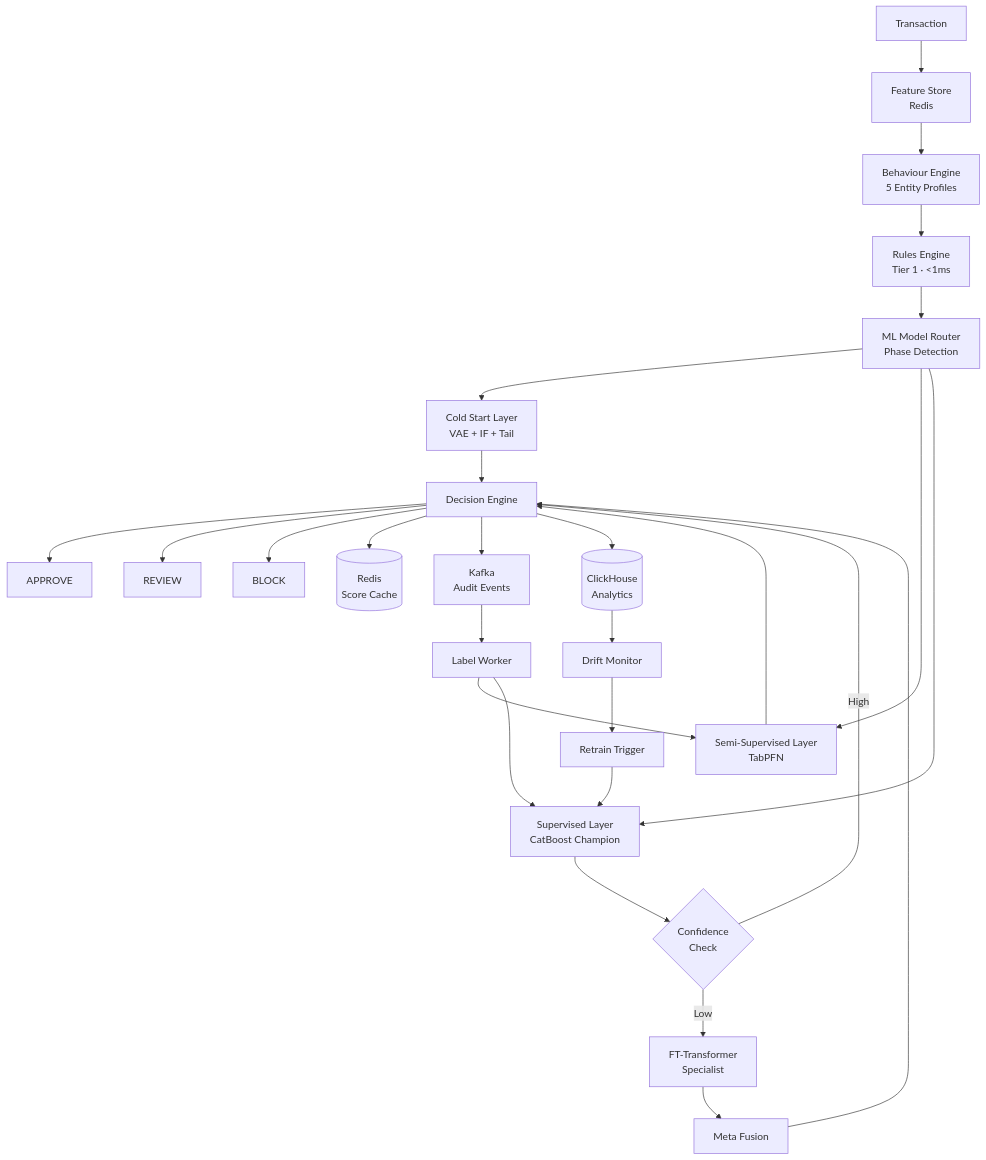
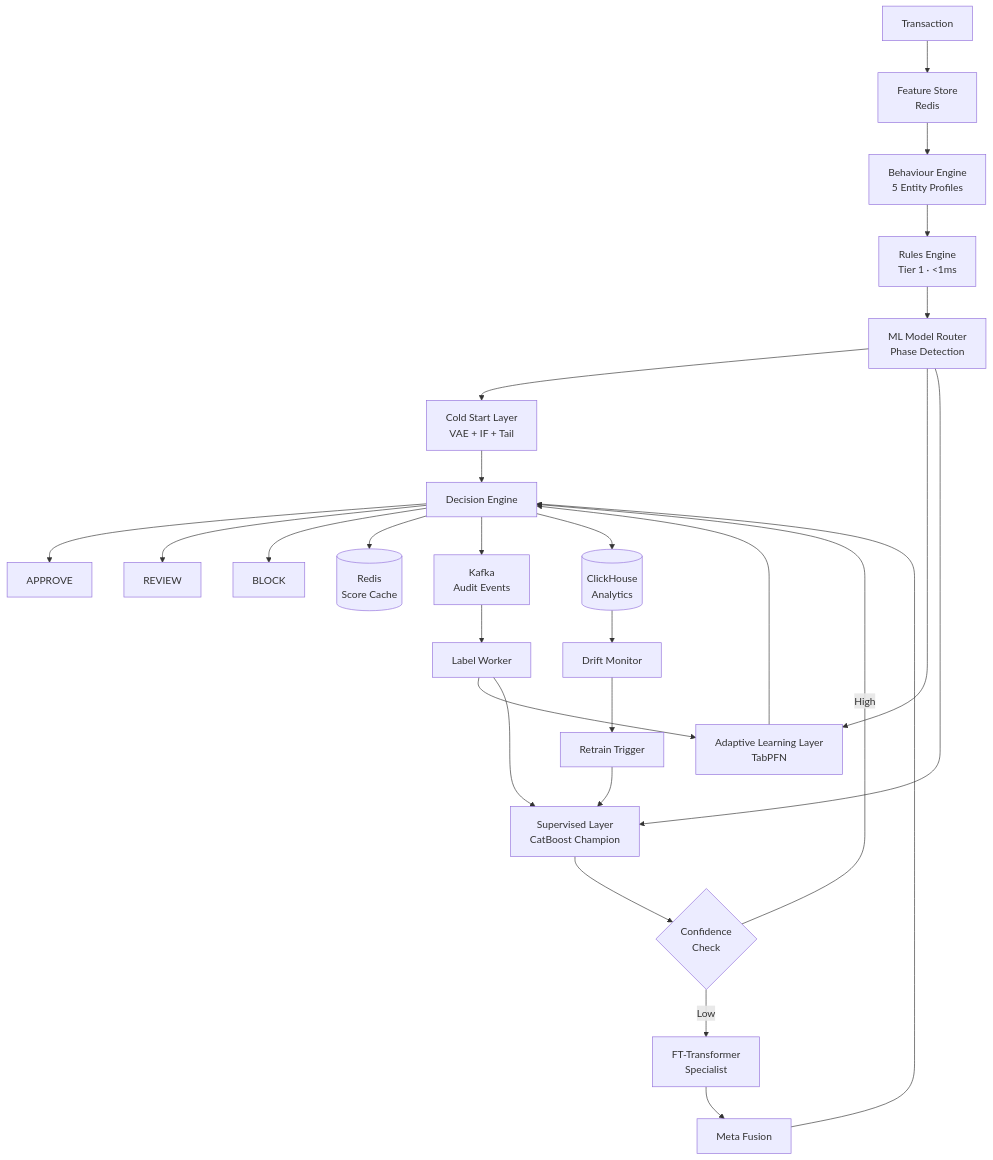
One commit to Tadeni00/RiskLens changed the first of 2 diagrams in README.md. Above: the diagram before and after it, drawn with Mermaid. The commit also changed other lines of this file and 36 other files, not shown here.

First line of the commit message:
feat: redesign Layer 2 as Adaptive Learning Layer with AdaptiveLearner abstraction

````diff
--- a/README.md
+++ b/README.md
@@ -67,36 +67,36 @@
 ```mermaid
 graph TD
     TXN[Transaction] --> FE[Feature Store<br/>Redis]
     FE --> BE[Behaviour Engine<br/>5 Entity Profiles]
     BE --> RE[Rules Engine<br/>Tier 1 · &lt;1ms]
     RE --> MR[ML Model Router<br/>Phase Detection]
     
     MR --> CS[Cold Start Layer<br/>VAE + IF + Tail]
-    MR --> SS[Semi-Supervised Layer<br/>TabPFN]
+    MR --> AL[Adaptive Learning Layer<br/>TabPFN]
     MR --> SV[Supervised Layer<br/>CatBoost Champion]
     
     SV --> CE{Confidence<br/>Check}
     CE -->|High| DEC[Decision Engine]
     CE -->|Low| FT[FT-Transformer<br/>Specialist]
     FT --> MF[Meta Fusion]
     MF --> DEC
     
     CS --> DEC
-    SS --> DEC
+    AL --> DEC
     
     DEC --> APPROVE[APPROVE]
     DEC --> REVIEW[REVIEW]
     DEC --> BLOCK[BLOCK]
     
     DEC --> REDIS[(Redis<br/>Score Cache)]
     DEC --> KAFKA[Kafka<br/>Audit Events]
     DEC --> CH[(ClickHouse<br/>Analytics)]
     
     KAFKA --> LABELS[Label Worker]
-    LABELS --> SS
+    LABELS --> AL
     LABELS --> SV
     
     CH --> DRIFT[Drift Monitor]
     DRIFT --> RETRAIN[Retrain Trigger]
     RETRAIN --> SV
 ```
````
